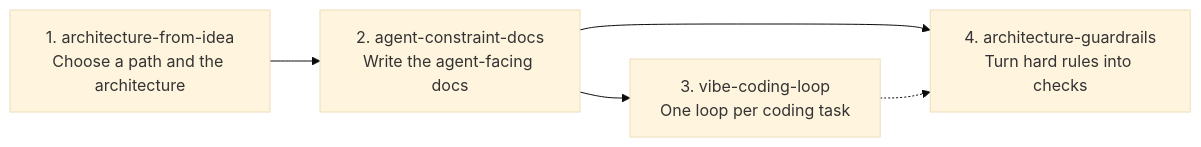
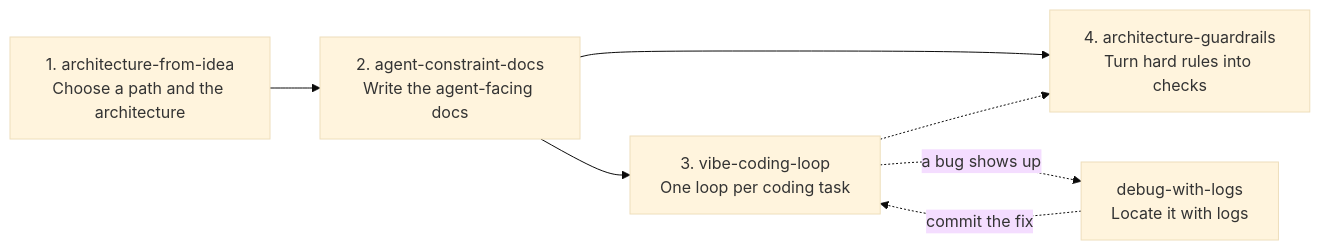
One commit to wisdom-km/agent-skills changed the second of 2 diagrams in README.md. Above: the diagram before and after it, drawn with Mermaid (base theme). The commit also changed other lines of this file and 10 other files, not shown here.

First line of the commit message:
Add debug-with-logs skill and detailed logging guidance

````diff
--- a/README.md
+++ b/README.md
@@ -305,7 +331,9 @@
 ```mermaid
 flowchart LR
   A["1. architecture-from-idea<br/>Choose a path and the architecture"] --> B["2. agent-constraint-docs<br/>Write the agent-facing docs"]
   B --> C["3. vibe-coding-loop<br/>One loop per coding task"]
   B --> D["4. architecture-guardrails<br/>Turn hard rules into checks"]
   C -.-> D
+  C -. a bug shows up .-> E["debug-with-logs<br/>Locate it with logs"]
+  E -. commit the fix .-> C
 ```
````
